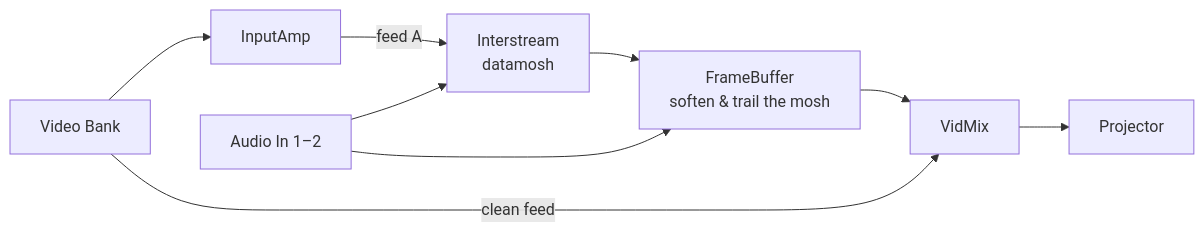
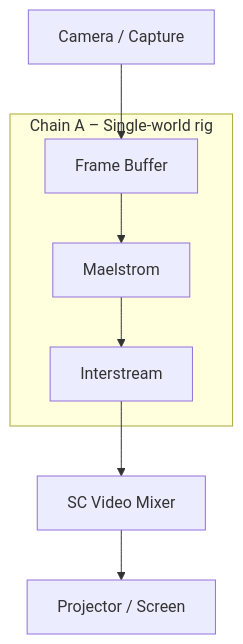
One commit to bseverns/live-rig changed the second of 2 diagrams in 05_scapps-rigs.md. Above: the diagram before and after it, drawn with Mermaid. The commit also changed other lines of this file and 7 other files, not shown here.

Commit message:
Clarifying equipment/flows

````diff
--- a/05_scapps-rigs.md
+++ b/05_scapps-rigs.md
@@ -89,26 +212,15 @@
 ```mermaid
-flowchart LR
+flowchart TB
+    src["Camera / Capture"]
 
-  VidBank["Video Bank"]
-  AudioIn["Audio In 1–2"]
+    subgraph ChainA["Chain A – Single-world rig"]
+        fb["Frame Buffer"]
+        mael["Maelstrom"]
+        intr["Interstream"]
+    end
 
-  InputAmp["InputAmp"]
+    vmix["SC Video Mixer"]
+    out["Projector / Screen"]
 
-  Interstream["Interstream<br/>datamosh"]
-  FrameBuffer["FrameBuffer<br/>soften & trail the mosh"]
-
-  VidMix["VidMix"]
-  Projector["Projector"]
-
-  VidBank --> InputAmp
-  InputAmp -->|"feed A"| Interstream
-  Interstream --> FrameBuffer
-  FrameBuffer --> VidMix
-
-  VidBank -->|"clean feed"| VidMix
-
-  VidMix --> Projector
-
-  AudioIn --> Interstream
-  AudioIn --> FrameBuffer
+    src --> fb --> mael --> intr --> vmix --> out
 ```
````
